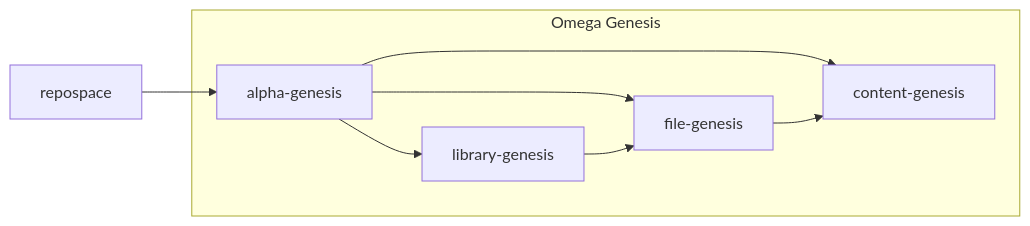
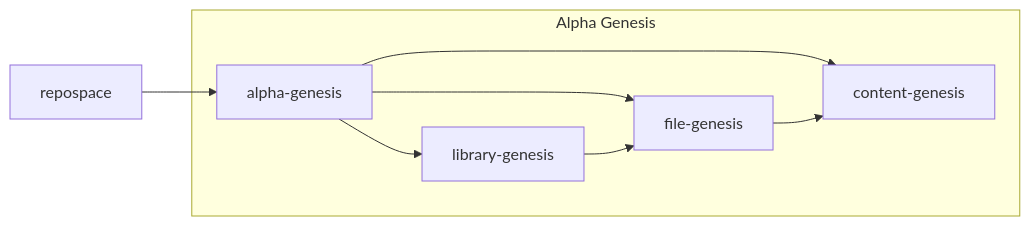
The first of 3 diagrams in docs/genesis-brainstorm.md (servexyz/genesis), drawn with Mermaid before and after one commit. The commit also changed 1 other file, not shown here.

Commit message:
Fixed typo in subgraph (omega/alpha were switched)

````diff
--- a/docs/genesis-brainstorm.md
+++ b/docs/genesis-brainstorm.md
@@ -35,13 +35,13 @@
 ```mermaid
 graph LR
 
 repospace --> alpha-genesis
 
-subgraph Omega Genesis
+subgraph Alpha Genesis
 alpha-genesis --> library-genesis
 alpha-genesis --> file-genesis
 alpha-genesis --> content-genesis
 library-genesis --> file-genesis
 file-genesis --> content-genesis
 end
 ```
````
